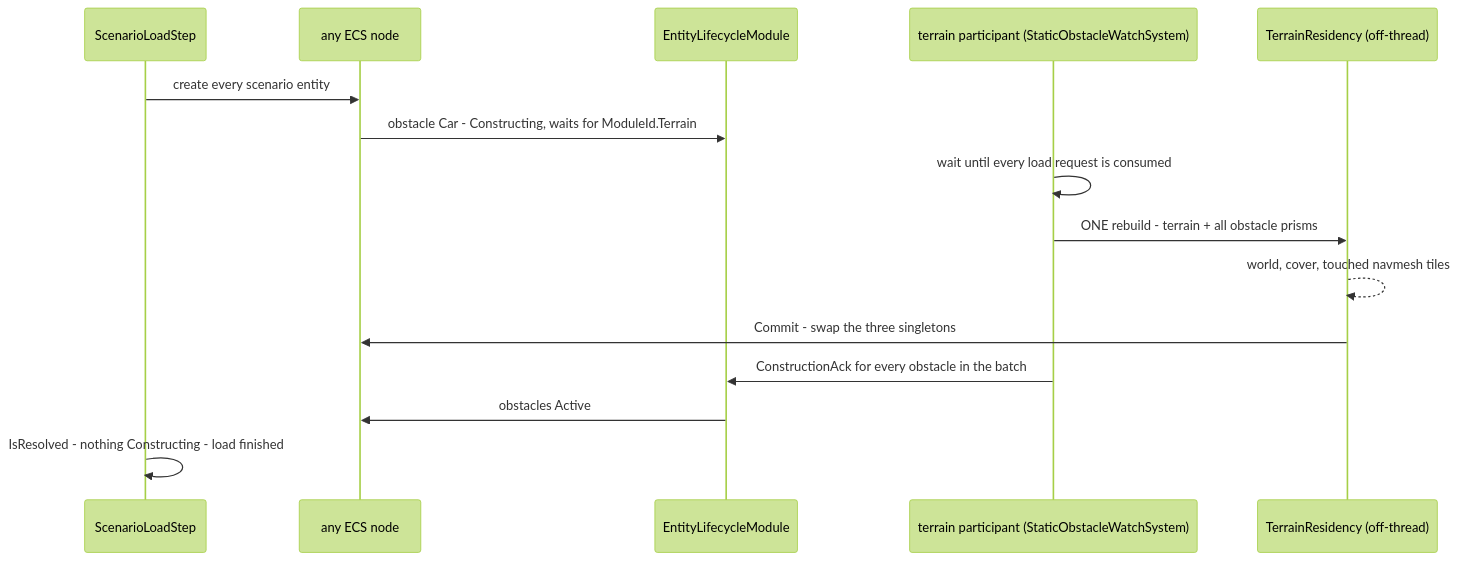
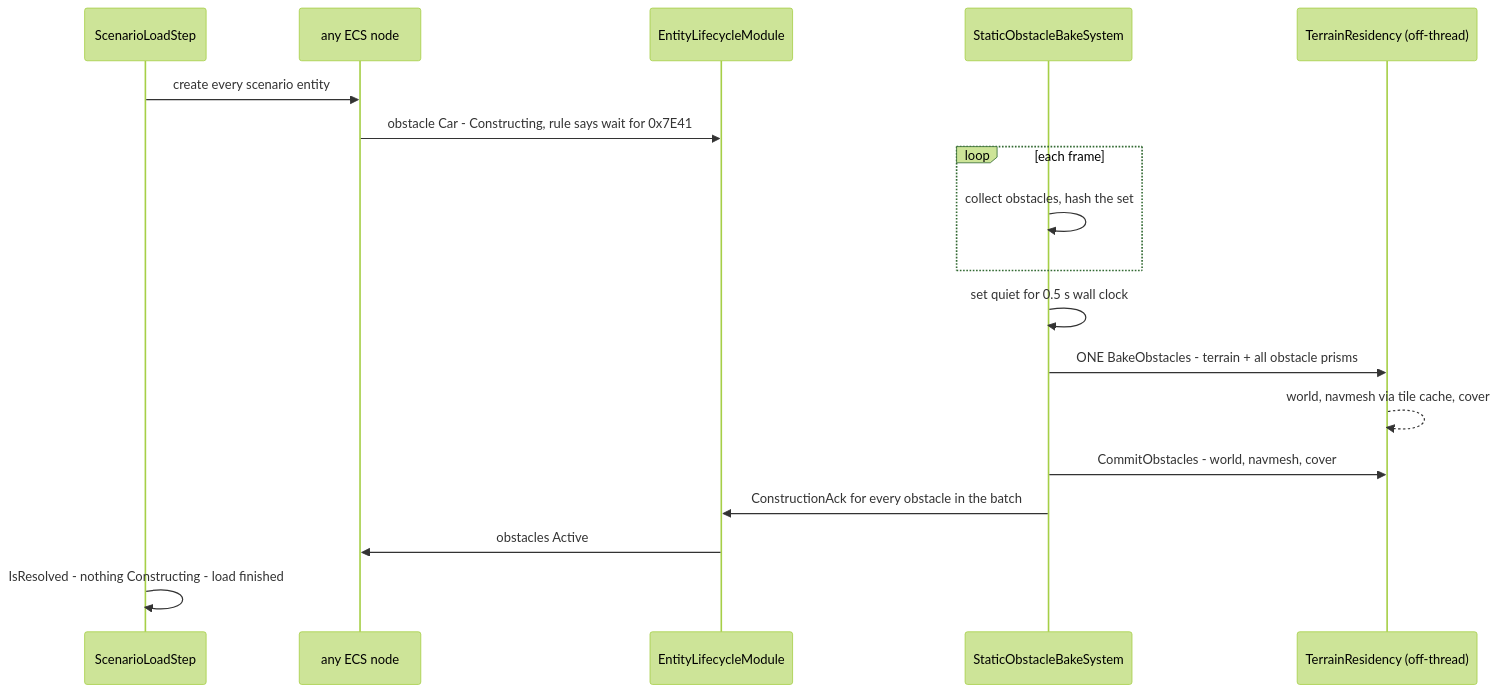
One commit to pjanec/HROT changed the ninth of 10 diagrams in docs/DESIGN_Peek_And_Fire.md. Above: the diagram before and after it, drawn with Mermaid (forest theme). The commit also changed other lines of this file and 35 other files, not shown here.

````diff
--- a/docs/DESIGN_Peek_And_Fire.md
+++ b/docs/DESIGN_Peek_And_Fire.md
@@ -405,17 +412,20 @@
 ```mermaid
 sequenceDiagram
   participant L as ScenarioLoadStep
   participant N as any ECS node
   participant ELM as EntityLifecycleModule
-  participant T as terrain participant (StaticObstacleWatchSystem)
+  participant T as StaticObstacleBakeSystem
   participant R as TerrainResidency (off-thread)
   L->>N: create every scenario entity
-  N->>ELM: obstacle Car - Constructing, waits for ModuleId.Terrain
-  T->>T: wait until every load request is consumed
-  T->>R: ONE rebuild - terrain + all obstacle prisms
-  R-->>R: world, cover, touched navmesh tiles
-  R->>N: Commit - swap the three singletons
+  N->>ELM: obstacle Car - Constructing, rule says wait for 0x7E41
+  loop each frame
+    T->>T: collect obstacles, hash the set
+  end
+  T->>T: set quiet for 0.5 s wall clock
+  T->>R: ONE BakeObstacles - terrain + all obstacle prisms
+  R-->>R: world, navmesh via tile cache, cover
+  T->>R: CommitObstacles - world, navmesh, cover
   T->>ELM: ConstructionAck for every obstacle in the batch
   ELM->>N: obstacles Active
   L->>L: IsResolved - nothing Constructing - load finished
 ```
````
